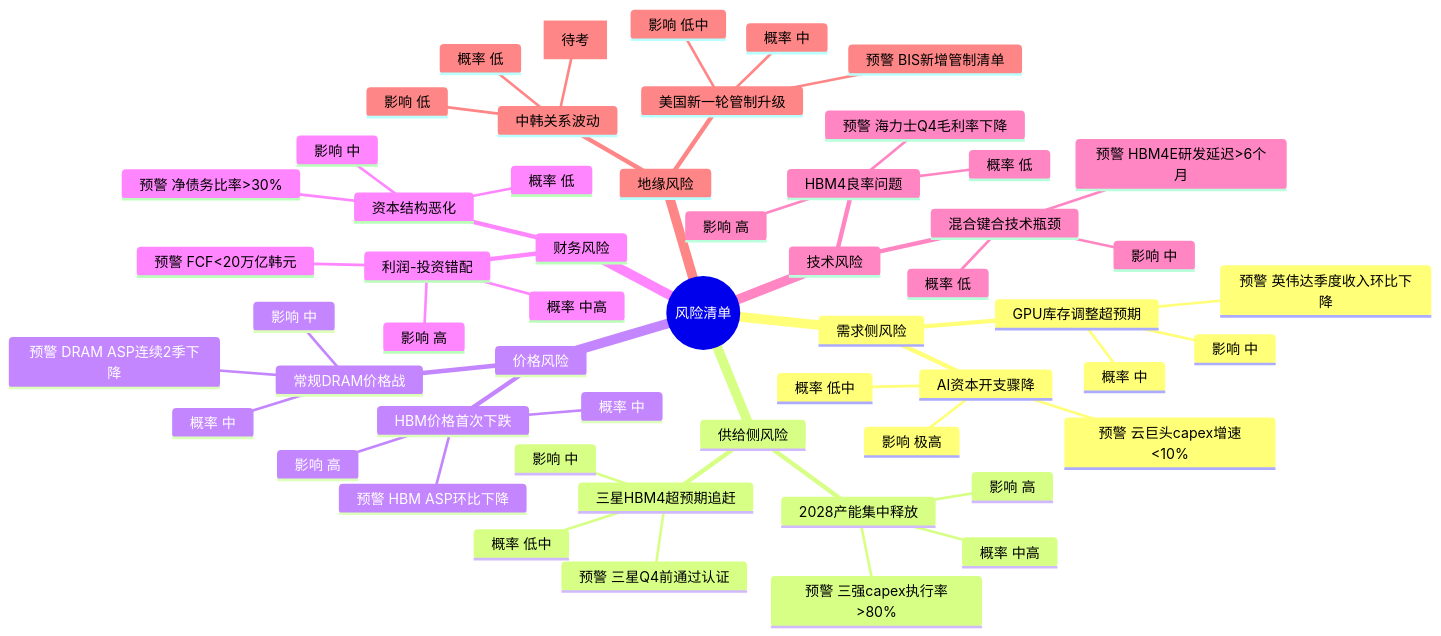
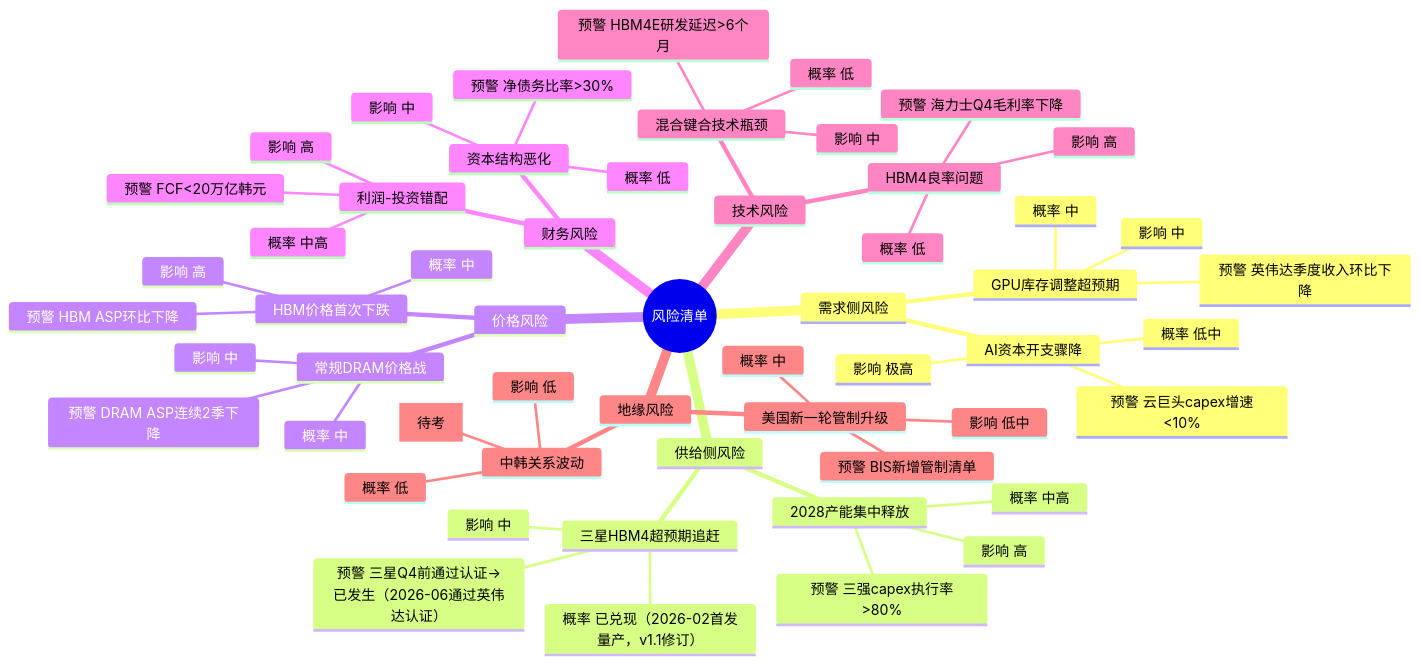
Diagram 42 of 42 in SK_Hynix_HBM_Cycle_Performance_Value_Diagnosis-Simplified_Version-ZH.md (An0319/sk-hynix-hbm-cycle-performance-value-diagnosis-zh), drawn with Mermaid before and after one commit. The commit also changed other lines of this file, not shown here.

````diff
--- a/SK_Hynix_HBM_Cycle_Performance_Value_Diagnosis-Simplified_Version-ZH.md
+++ b/SK_Hynix_HBM_Cycle_Performance_Value_Diagnosis-Simplified_Version-ZH.md
@@ -2227,58 +2241,58 @@
 ```mermaid
 mindmap
   root((风险清单))
     需求侧风险
       AI资本开支骤降
         概率 低中
         影响 极高
         预警 云巨头capex增速<10%
       GPU库存调整超预期
         概率 中
         影响 中
         预警 英伟达季度收入环比下降
     供给侧风险
       2028产能集中释放
         概率 中高
         影响 高
         预警 三强capex执行率>80%
       三星HBM4超预期追赶
-        概率 低中
+        概率 已兑现（2026-02首发量产，v1.1修订）
         影响 中
-        预警 三星Q4前通过认证
+        预警 三星Q4前通过认证→已发生（2026-06通过英伟达认证）
     价格风险
       HBM价格首次下跌
         概率 中
         影响 高
         预警 HBM ASP环比下降
       常规DRAM价格战
         概率 中
         影响 中
         预警 DRAM ASP连续2季下降
     财务风险
       利润-投资错配
         概率 中高
         影响 高
         预警 FCF<20万亿韩元
       资本结构恶化
         概率 低
         影响 中
         预警 净债务比率>30%
     技术风险
       HBM4良率问题
         概率 低
         影响 高
         预警 海力士Q4毛利率下降
       混合键合技术瓶颈
         概率 低
         影响 中
         预警 HBM4E研发延迟>6个月
     地缘风险
       美国新一轮管制升级
         概率 中
         影响 低中
         预警 BIS新增管制清单
       中韩关系波动
         概率 低
         影响 低
         预警 [待考]
 ```
````
